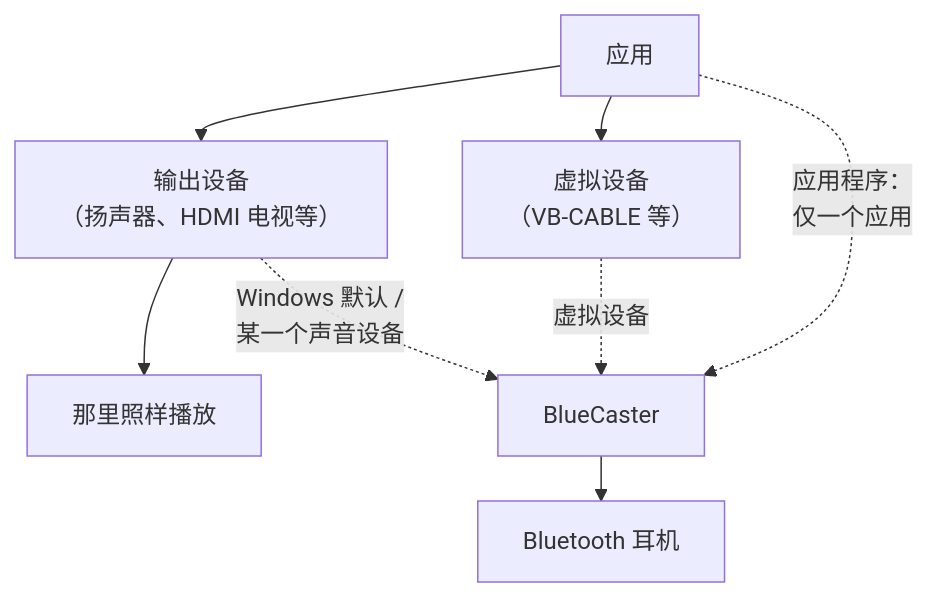
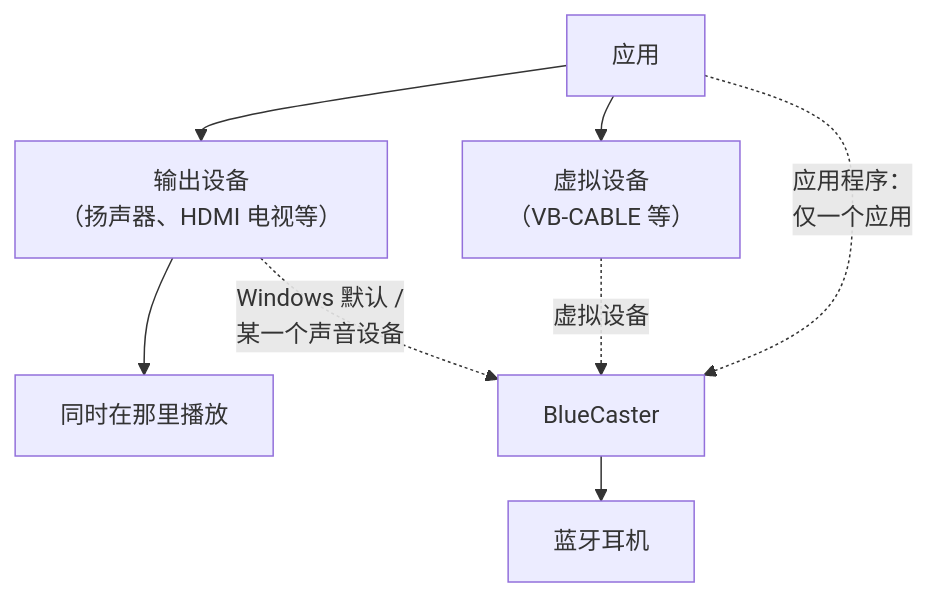
One commit to RxMaxx/A2DP-Windows-Bridge changed the first of 2 diagrams in docs/zh-CN/usage.md. Above: the diagram before and after it, drawn with Mermaid. The commit also changed other lines of this file and 105 other files, not shown here.

````diff
--- a/docs/zh-CN/usage.md
+++ b/docs/zh-CN/usage.md
@@ -257,16 +263,16 @@
 ```mermaid
 ---
 config:
   flowchart:
     wrappingWidth: 480
     rankSpacing: 30
 ---
 flowchart TD
     apps["应用"] --> out["输出设备<br>（扬声器、HDMI 电视等）"]
     apps --> virt["虚拟设备<br>（VB-CABLE 等）"]
-    out --> there["那里照样播放"]
+    out --> there["同时在那里播放"]
     out -.->|"Windows 默认 /<br>某一个声音设备"| bc["BlueCaster"]
     virt -.->|"虚拟设备"| bc
     apps -.->|"应用程序：<br>仅一个应用"| bc
-    bc --> hp["Bluetooth 耳机"]
+    bc --> hp["蓝牙耳机"]
 ```
````
